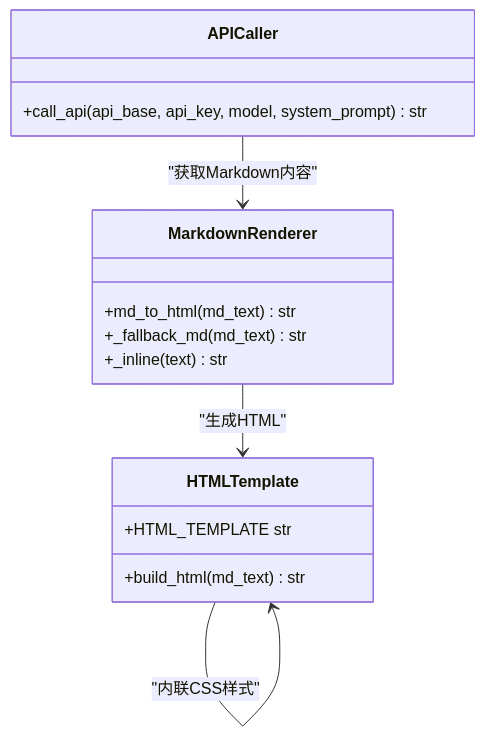
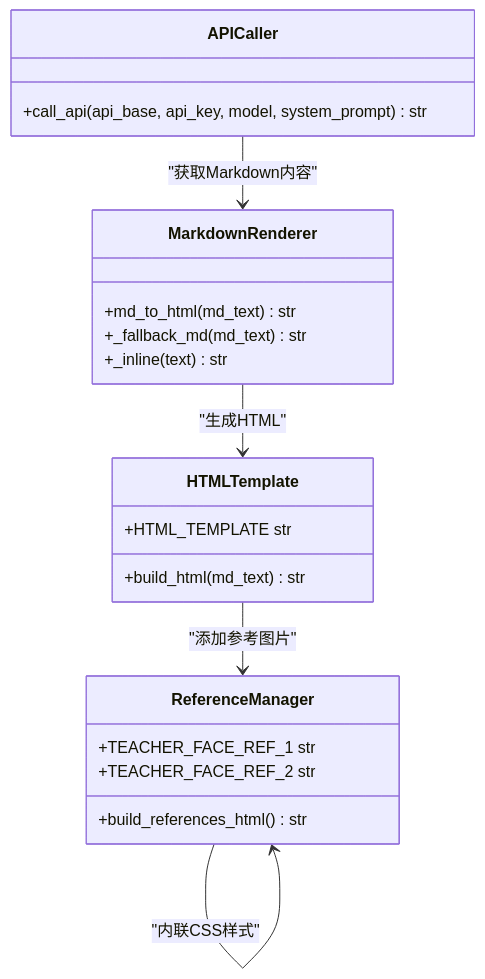
The fifth of 9 diagrams in .qoder/repowiki/zh/content/核心模块详解/方案生成模块.md (WongMingJiu/landingpage-test-hero-page), drawn with Mermaid before and after one commit. The commit also changed other lines of this file and 6 other files, not shown here.

````diff
--- a/.qoder/repowiki/zh/content/核心模块详解/方案生成模块.md
+++ b/.qoder/repowiki/zh/content/核心模块详解/方案生成模块.md
@@ -221,18 +248,24 @@
 ```mermaid
 classDiagram
 class MarkdownRenderer {
 +md_to_html(md_text) str
 +_fallback_md(md_text) str
 +_inline(text) str
 }
 class HTMLTemplate {
 +HTML_TEMPLATE str
 +build_html(md_text) str
 }
 class APICaller {
 +call_api(api_base, api_key, model, system_prompt) str
 }
+class ReferenceManager {
++build_references_html() str
++TEACHER_FACE_REF_1 str
++TEACHER_FACE_REF_2 str
+}
 MarkdownRenderer --> HTMLTemplate : "生成HTML"
 APICaller --> MarkdownRenderer : "获取Markdown内容"
-HTMLTemplate --> HTMLTemplate : "内联CSS样式"
+HTMLTemplate --> ReferenceManager : "添加参考图片"
+ReferenceManager --> ReferenceManager : "内联CSS样式"
 ```
````
